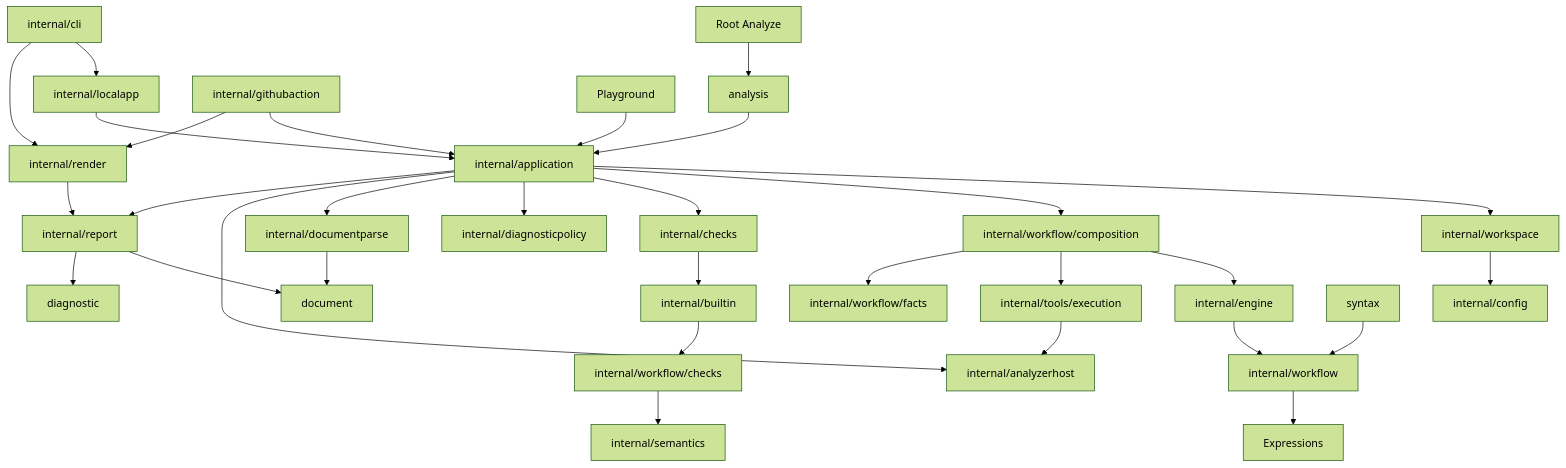
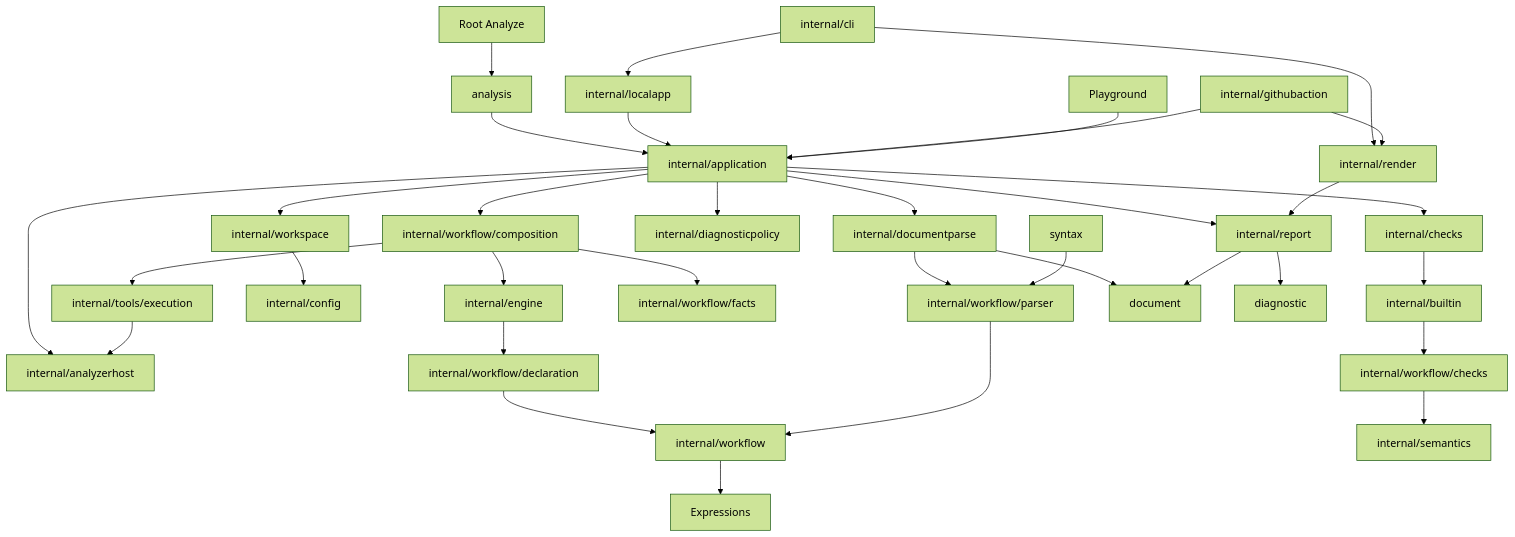
Before and after one commit to kjanat/actionlint: the first of 2 diagrams in docs/design/analysis-contracts.md, drawn with Mermaid (forest theme). The commit also changed other lines of this file and 386 other files, not shown here.

````diff
--- a/docs/design/analysis-contracts.md
+++ b/docs/design/analysis-contracts.md
@@ -32,33 +33,36 @@
 ```mermaid
 flowchart TD
     Root[Root Analyze] --> API[analysis]
     API --> App[internal/application]
     CLI[internal/cli] --> Local[internal/localapp]
     Local --> App
     Action[internal/githubaction] --> App
     Browser[Playground] --> App
     App --> Workspace[internal/workspace]
     App --> Composition[internal/workflow/composition]
     App --> Registry[internal/checks]
     App --> Policy[internal/diagnosticpolicy]
     App --> Decode[internal/documentparse]
     App --> Host[internal/analyzerhost]
     Composition --> Engine[internal/engine]
     Composition --> Scripts[internal/tools/execution]
     Scripts --> Host
     Workspace --> Config[internal/config]
-    Engine --> Workflow[internal/workflow]
+    Engine --> Declaration[internal/workflow/declaration]
+    Declaration --> Workflow[internal/workflow]
+    Decode --> Parser[internal/workflow/parser]
+    Parser --> Workflow
     Composition --> Facts[internal/workflow/facts]
     Registry --> Builtin[internal/builtin]
     Builtin --> Checks[internal/workflow/checks]
     Checks --> Semantics[internal/semantics]
     Workflow --> Expressions
     App --> Models[internal/report]
     Decode --> Documents[document]
     Models --> Documents
     CLI --> Render[internal/render]
     Action --> Render
     Render --> Models
     Models --> Diagnostic[diagnostic]
-    Syntax[syntax] --> Workflow
+    Syntax[syntax] --> Parser
 ```
````
